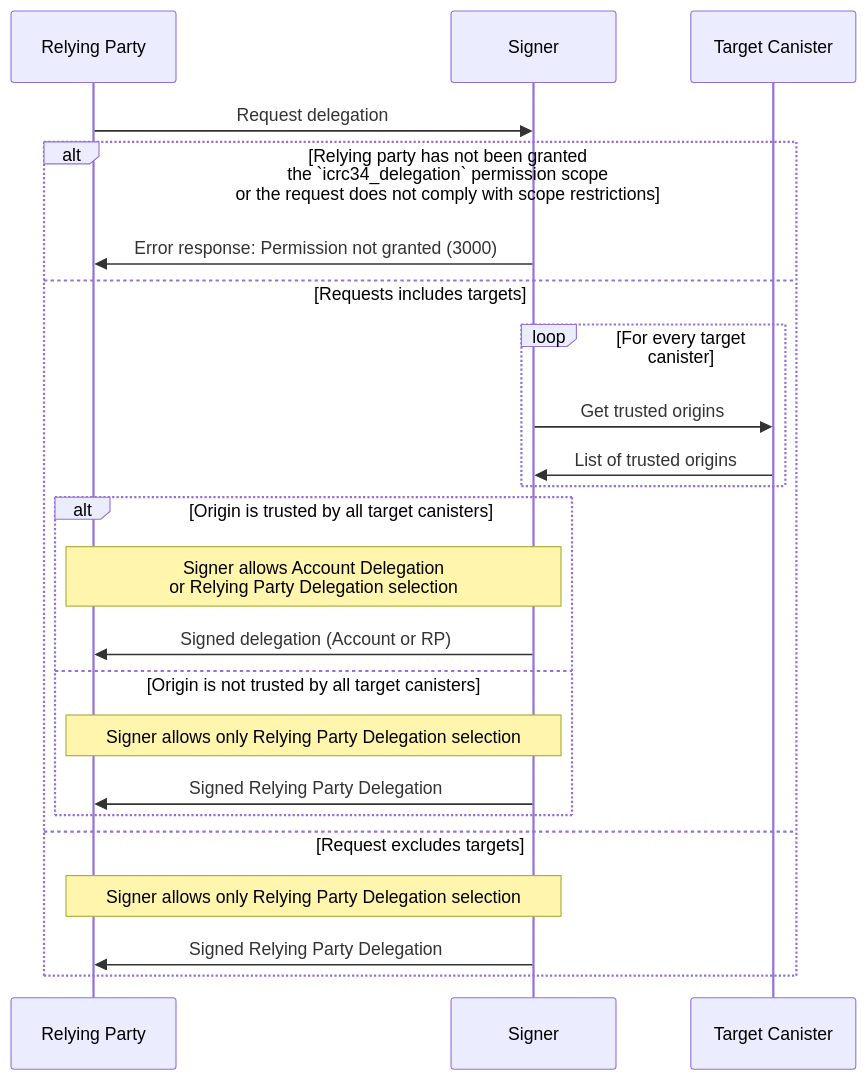
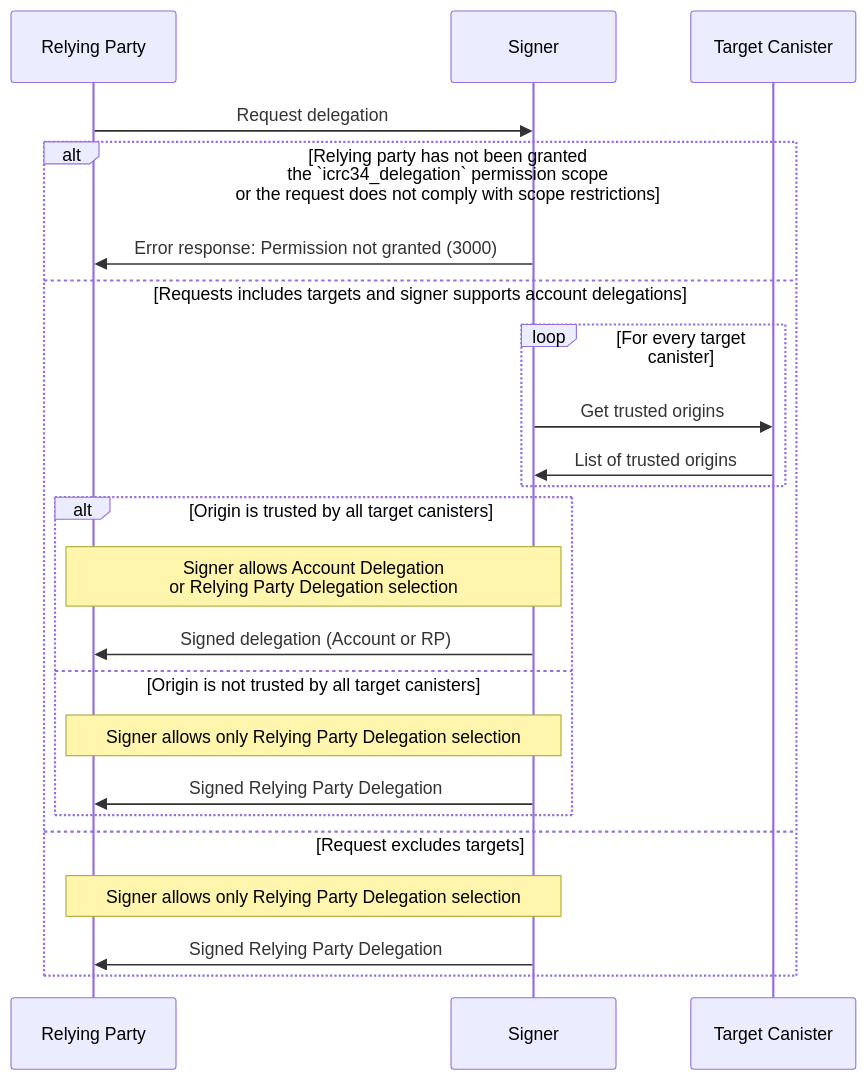
Before and after one commit to dfinity/wg-identity-authentication: the diagram in topics/icrc_34_delegation.md, drawn with Mermaid.

````diff
--- a/topics/icrc_34_delegation.md
+++ b/topics/icrc_34_delegation.md
@@ -166,25 +166,25 @@
 ```mermaid
   sequenceDiagram
     participant RP as Relying Party
     participant S as Signer
     participant C as Target Canister
     RP ->> S: Request delegation
     alt Relying party has not been granted <br>the `icrc34_delegation` permission scope<br>or the request does not comply with scope restrictions
         S ->> RP: Error response: Permission not granted (3000)
-    else Requests includes targets
+    else Requests includes targets and signer supports account delegations
         loop For every target canister
             S ->> C: Get trusted origins
             C ->> S: List of trusted origins
         end
         alt Origin is trusted by all target canisters
           Note over RP, S: Signer allows Account Delegation<br>or Relying Party Delegation selection
           S ->> RP: Signed delegation (Account or RP)
         else Origin is not trusted by all target canisters
           Note over RP, S: Signer allows only Relying Party Delegation selection
           S ->> RP: Signed Relying Party Delegation
         end
     else Request excludes targets
       Note over RP, S: Signer allows only Relying Party Delegation selection
       S ->> RP: Signed Relying Party Delegation
     end
 ```
````
